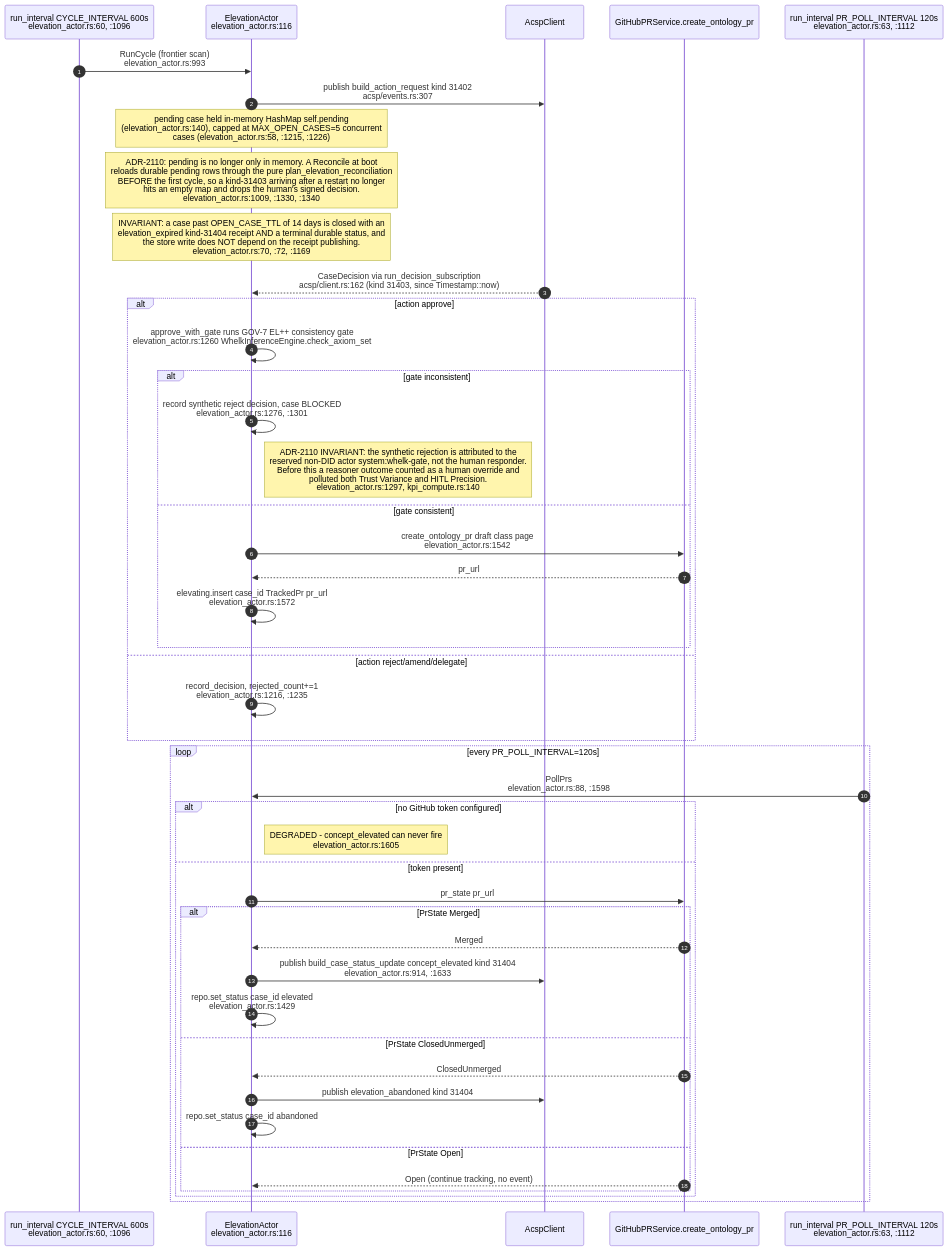
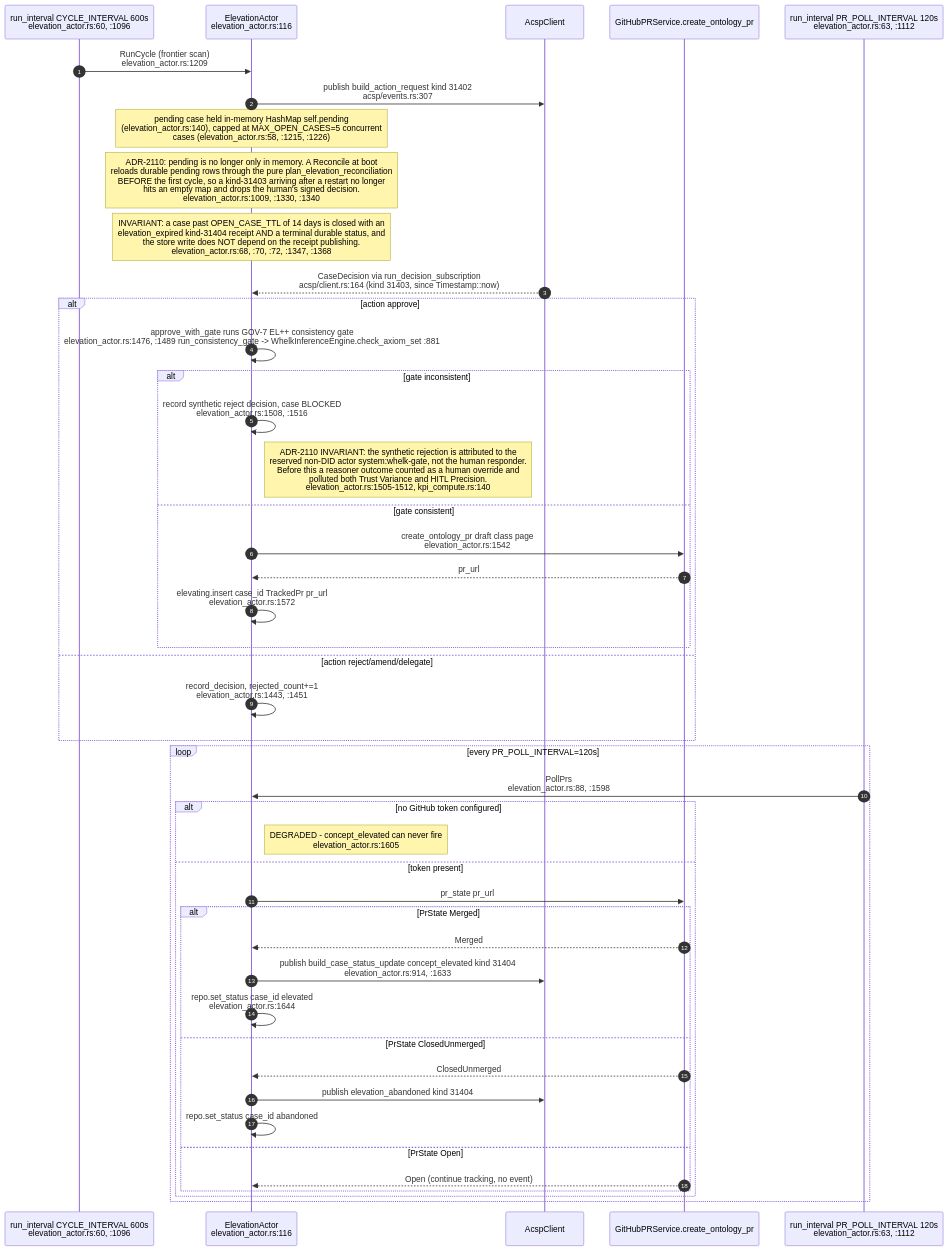
One commit to DreamLab-AI/VisionFlow changed the fourth of 12 diagrams in docs/diagrams/visionclaw/24-acsp-decision-elevation.md. Above: the diagram before and after it, drawn with Mermaid. The commit also changed other lines of this file and 160 other files, not shown here.

````diff
--- a/docs/diagrams/visionclaw/24-acsp-decision-elevation.md
+++ b/docs/diagrams/visionclaw/24-acsp-decision-elevation.md
@@ -149,47 +154,47 @@
 ```mermaid
 sequenceDiagram
     autonumber
     participant CYCLE as run_interval CYCLE_INTERVAL 600s<br/>elevation_actor.rs:60, :1096
     participant EA as ElevationActor<br/>elevation_actor.rs:116
     participant ACSP as AcspClient
     participant GH as GitHubPRService.create_ontology_pr
     participant POLL as run_interval PR_POLL_INTERVAL 120s<br/>elevation_actor.rs:63, :1112
-    CYCLE->>EA: RunCycle (frontier scan)<br/>elevation_actor.rs:993
+    CYCLE->>EA: RunCycle (frontier scan)<br/>elevation_actor.rs:1209
     EA->>ACSP: publish build_action_request kind 31402<br/>acsp/events.rs:307
     Note over EA: pending case held in-memory HashMap self.pending<br/>(elevation_actor.rs:140), capped at MAX_OPEN_CASES=5 concurrent<br/>cases (elevation_actor.rs:58, :1215, :1226)
     Note over EA: ADR-2110: pending is no longer only in memory. A Reconcile at boot<br/>reloads durable pending rows through the pure plan_elevation_reconciliation<br/>BEFORE the first cycle, so a kind-31403 arriving after a restart no longer<br/>hits an empty map and drops the human's signed decision.<br/>elevation_actor.rs:1009, :1330, :1340
-    Note over EA: INVARIANT: a case past OPEN_CASE_TTL of 14 days is closed with an<br/>elevation_expired kind-31404 receipt AND a terminal durable status, and<br/>the store write does NOT depend on the receipt publishing.<br/>elevation_actor.rs:70, :72, :1169
-    ACSP-->>EA: CaseDecision via run_decision_subscription<br/>acsp/client.rs:162 (kind 31403, since Timestamp::now)
+    Note over EA: INVARIANT: a case past OPEN_CASE_TTL of 14 days is closed with an<br/>elevation_expired kind-31404 receipt AND a terminal durable status, and<br/>the store write does NOT depend on the receipt publishing.<br/>elevation_actor.rs:68, :70, :72, :1347, :1368
+    ACSP-->>EA: CaseDecision via run_decision_subscription<br/>acsp/client.rs:164 (kind 31403, since Timestamp::now)
     alt action approve
-        EA->>EA: approve_with_gate runs GOV-7 EL++ consistency gate<br/>elevation_actor.rs:1260 WhelkInferenceEngine.check_axiom_set
+        EA->>EA: approve_with_gate runs GOV-7 EL++ consistency gate<br/>elevation_actor.rs:1476, :1489 run_consistency_gate -> WhelkInferenceEngine.check_axiom_set :881
         alt gate inconsistent
-            EA->>EA: record synthetic reject decision, case BLOCKED<br/>elevation_actor.rs:1276, :1301
-            Note right of EA: ADR-2110 INVARIANT: the synthetic rejection is attributed to the<br/>reserved non-DID actor system:whelk-gate, not the human responder.<br/>Before this a reasoner outcome counted as a human override and<br/>polluted both Trust Variance and HITL Precision.<br/>elevation_actor.rs:1297, kpi_compute.rs:140
+            EA->>EA: record synthetic reject decision, case BLOCKED<br/>elevation_actor.rs:1508, :1516
+            Note right of EA: ADR-2110 INVARIANT: the synthetic rejection is attributed to the<br/>reserved non-DID actor system:whelk-gate, not the human responder.<br/>Before this a reasoner outcome counted as a human override and<br/>polluted both Trust Variance and HITL Precision.<br/>elevation_actor.rs:1505-1512, kpi_compute.rs:140
         else gate consistent
             EA->>GH: create_ontology_pr draft class page<br/>elevation_actor.rs:1542
             GH-->>EA: pr_url
             EA->>EA: elevating.insert case_id TrackedPr pr_url<br/>elevation_actor.rs:1572
         end
     else action reject/amend/delegate
-        EA->>EA: record_decision, rejected_count+=1<br/>elevation_actor.rs:1216, :1235
+        EA->>EA: record_decision, rejected_count+=1<br/>elevation_actor.rs:1443, :1451
     end
     loop every PR_POLL_INTERVAL=120s
         POLL->>EA: PollPrs<br/>elevation_actor.rs:88, :1598
         alt no GitHub token configured
             Note right of EA: DEGRADED - concept_elevated can never fire<br/>elevation_actor.rs:1605
         else token present
             EA->>GH: pr_state pr_url
             alt PrState Merged
                 GH-->>EA: Merged
                 EA->>ACSP: publish build_case_status_update concept_elevated kind 31404<br/>elevation_actor.rs:914, :1633
-                EA->>EA: repo.set_status case_id elevated<br/>elevation_actor.rs:1429
+                EA->>EA: repo.set_status case_id elevated<br/>elevation_actor.rs:1644
             else PrState ClosedUnmerged
                 GH-->>EA: ClosedUnmerged
                 EA->>ACSP: publish elevation_abandoned kind 31404
                 EA->>EA: repo.set_status case_id abandoned
             else PrState Open
                 GH-->>EA: Open (continue tracking, no event)
             end
         end
     end
 ```
````
